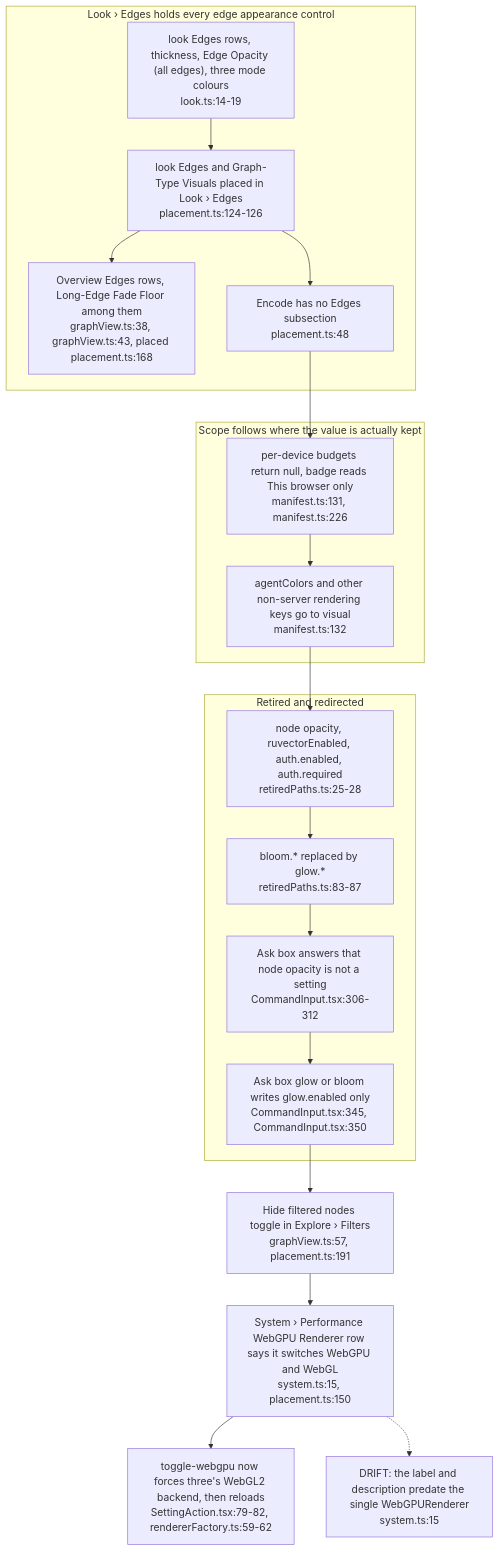
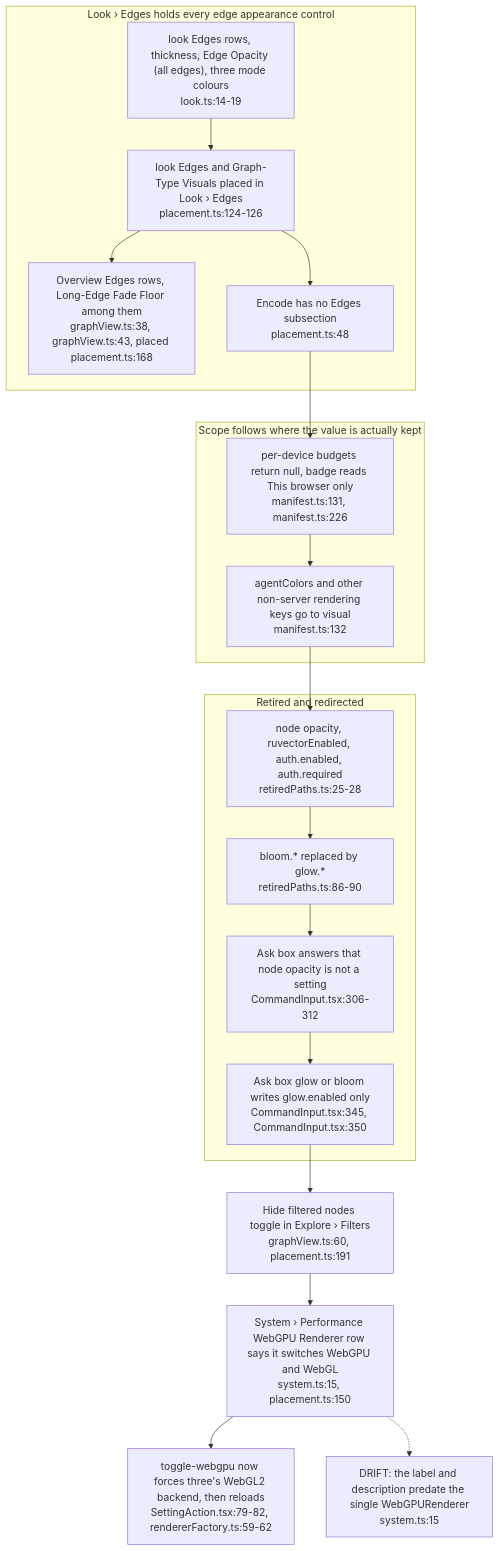
Before and after one commit to DreamLab-AI/VisionFlow: diagram 12 of 12 in docs/diagrams/visionclaw/57-control-centre-ia-and-drawer.md, drawn with Mermaid. The commit also changed other lines of this file and 49 other files, not shown here.

First line of the commit message:
docs(diagrams): re-derive and re-stamp VisionClaw, estate, knowledge-graph, visionGraph, VisionFlow and sidestr topics

````diff
--- a/docs/diagrams/visionclaw/57-control-centre-ia-and-drawer.md
+++ b/docs/diagrams/visionclaw/57-control-centre-ia-and-drawer.md
@@ -371,29 +371,29 @@
 ```mermaid
 flowchart TB
     subgraph edges["Look › Edges holds every edge appearance control"]
         LE["look Edges rows, thickness, Edge Opacity (all edges), three mode colours<br/>look.ts:14-19"]
         LP["look Edges and Graph-Type Visuals placed in Look › Edges<br/>placement.ts:124-126"]
         OE["Overview Edges rows, Long-Edge Fade Floor among them<br/>graphView.ts:38, graphView.ts:43, placed placement.ts:168"]
         ENC["Encode has no Edges subsection<br/>placement.ts:48"]
     end
     subgraph scope["Scope follows where the value is actually kept"]
         DL["per-device budgets return null, badge reads This browser only<br/>manifest.ts:131, manifest.ts:226"]
         AC["agentColors and other non-server rendering keys go to visual<br/>manifest.ts:132"]
     end
     subgraph gone["Retired and redirected"]
         RT["node opacity, ruvectorEnabled, auth.enabled, auth.required<br/>retiredPaths.ts:25-28"]
-        BL["bloom.* replaced by glow.*<br/>retiredPaths.ts:83-87"]
+        BL["bloom.* replaced by glow.*<br/>retiredPaths.ts:86-90"]
         ASKN["Ask box answers that node opacity is not a setting<br/>CommandInput.tsx:306-312"]
         ASKG["Ask box glow or bloom writes glow.enabled only<br/>CommandInput.tsx:345, CommandInput.tsx:350"]
     end
-    HF["Hide filtered nodes toggle in Explore › Filters<br/>graphView.ts:57, placement.ts:191"]
+    HF["Hide filtered nodes toggle in Explore › Filters<br/>graphView.ts:60, placement.ts:191"]
     LE --> LP --> OE
     LP --> ENC
     ENC --> DL --> AC
     AC --> RT --> BL --> ASKN --> ASKG
     ASKG --> HF
     WG["System › Performance WebGPU Renderer row says it switches WebGPU and WebGL<br/>system.ts:15, placement.ts:150"]
     HF --> WG
     WG --> ACT["toggle-webgpu now forces three's WebGL2 backend, then reloads<br/>SettingAction.tsx:79-82, rendererFactory.ts:59-62"]
     WG -.-> WD["DRIFT: the label and description predate the single WebGPURenderer<br/>system.ts:15"]
 ```
````
